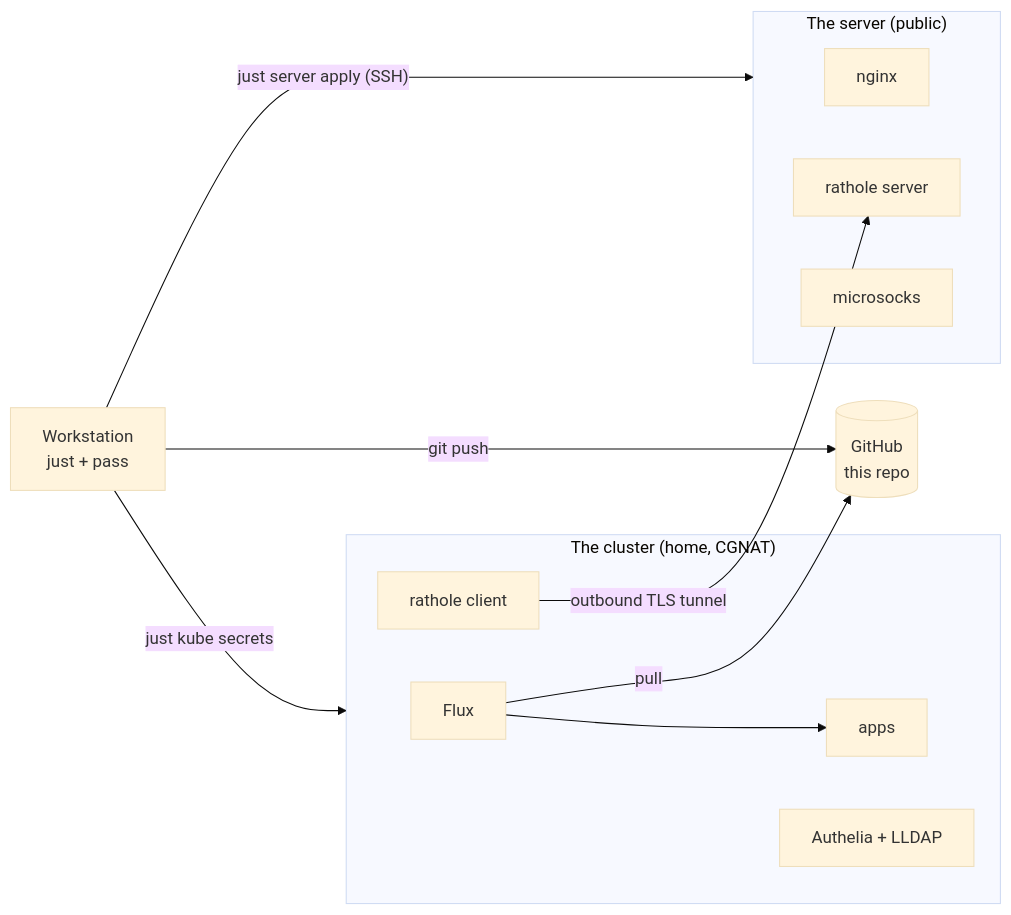
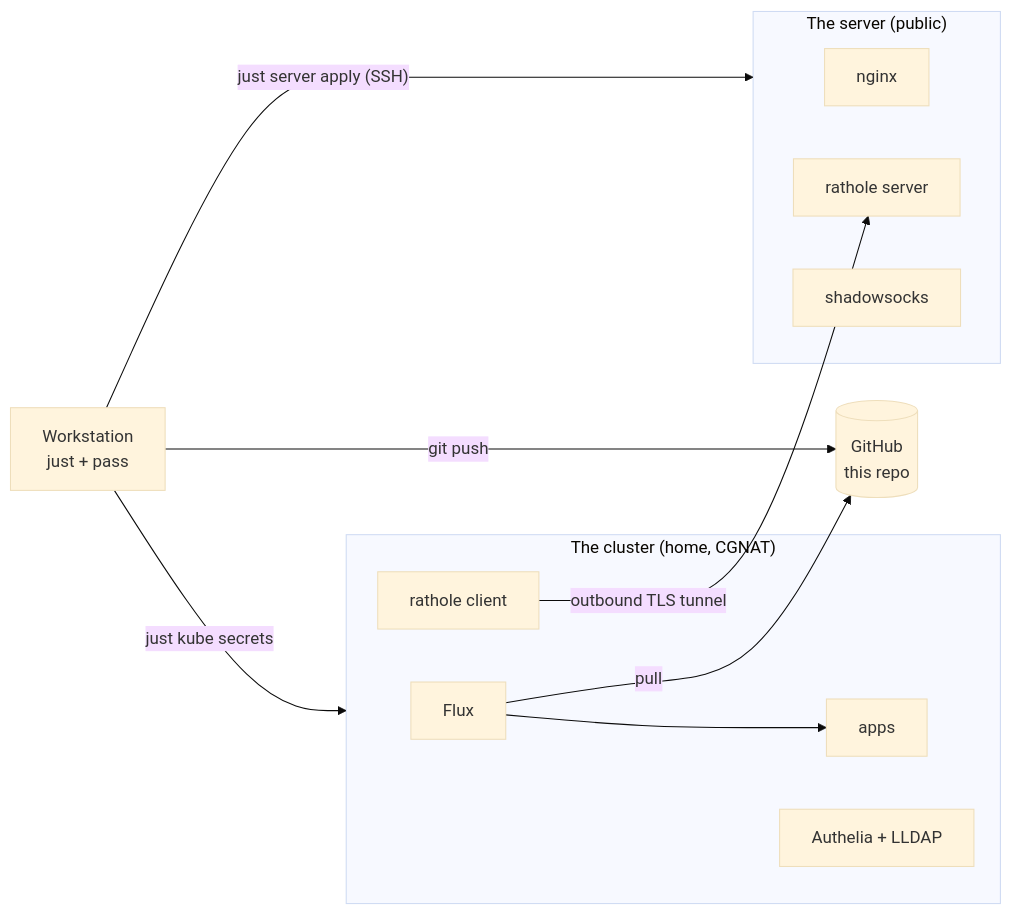
Before and after one commit to rafi/machines: the first of 5 diagrams in docs/architecture.md, drawn with Mermaid (base theme). The commit also changed other lines of this file and 21 other files, not shown here.

````diff
--- a/docs/architecture.md
+++ b/docs/architecture.md
@@ -14,20 +14,20 @@
 ```mermaid
 flowchart LR
   ws["Workstation<br/>just + pass"]
   gh[("GitHub<br/>this repo")]
   subgraph vps["The server (public)"]
     nginx["nginx"]
     rs["rathole server"]
-    socks["microsocks"]
+    ss["shadowsocks"]
   end
   subgraph home["The cluster (home, CGNAT)"]
     flux["Flux"] --> apps["apps"]
     rc["rathole client"]
     auth["Authelia + LLDAP"]
   end
   ws -- "git push" --> gh
   flux -- "pull" --> gh
   ws -- "just server apply (SSH)" --> vps
   ws -- "just kube secrets" --> home
   rc -- "outbound TLS tunnel" --> rs
 ```
````
